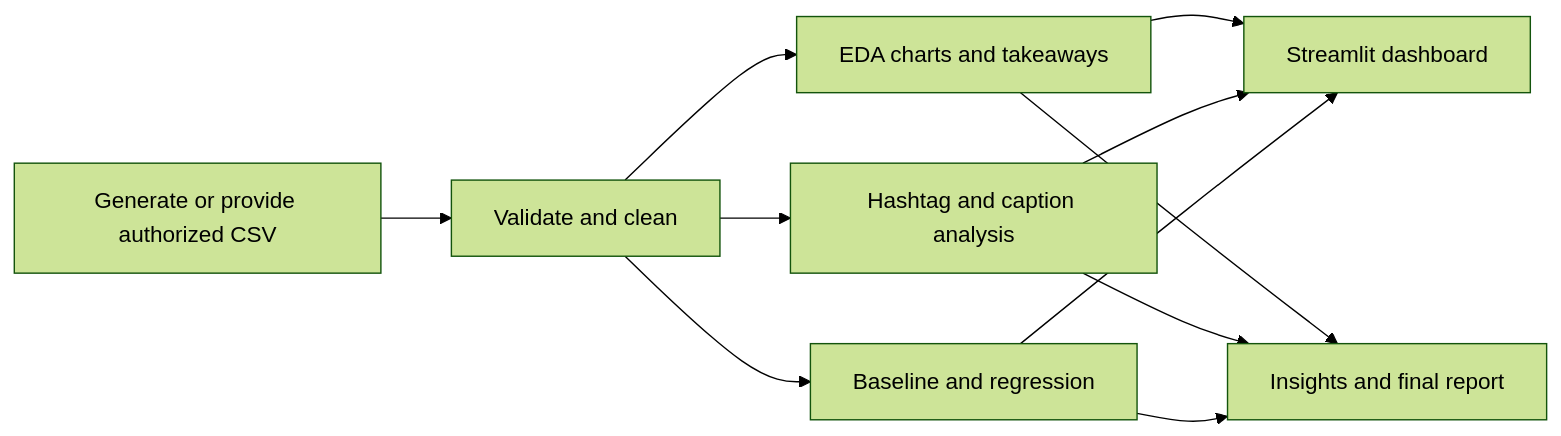
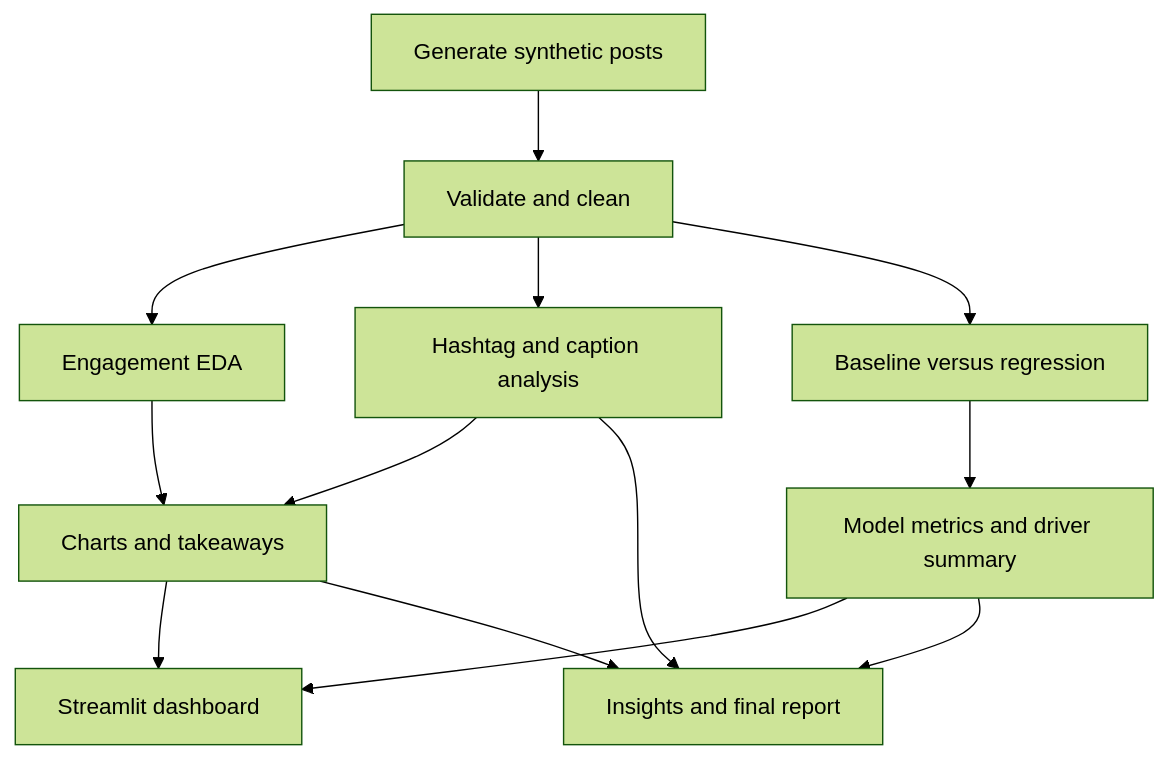
The diagram in README.md (Simaaqmoideen/social-media-engagement-analysis), drawn with Mermaid (forest theme) before and after one commit. The commit also changed other lines of this file, not shown here.

````diff
--- a/README.md
+++ b/README.md
@@ -9,13 +33,15 @@
 ```mermaid
-flowchart LR
-    A[Generate or provide authorized CSV] --> B[Validate and clean]
-    B --> C[EDA charts and takeaways]
+flowchart TD
+    A[Generate synthetic posts] --> B[Validate and clean]
+    B --> C[Engagement EDA]
     B --> D[Hashtag and caption analysis]
-    B --> E[Baseline and regression]
-    C --> F[Streamlit dashboard]
+    B --> E[Baseline versus regression]
+    C --> F[Charts and takeaways]
     D --> F
-    E --> F
-    C --> G[Insights and final report]
-    D --> G
-    E --> G
+    E --> G[Model metrics and driver summary]
+    F --> H[Streamlit dashboard]
+    G --> H
+    F --> I[Insights and final report]
+    D --> I
+    G --> I
 ```
````
